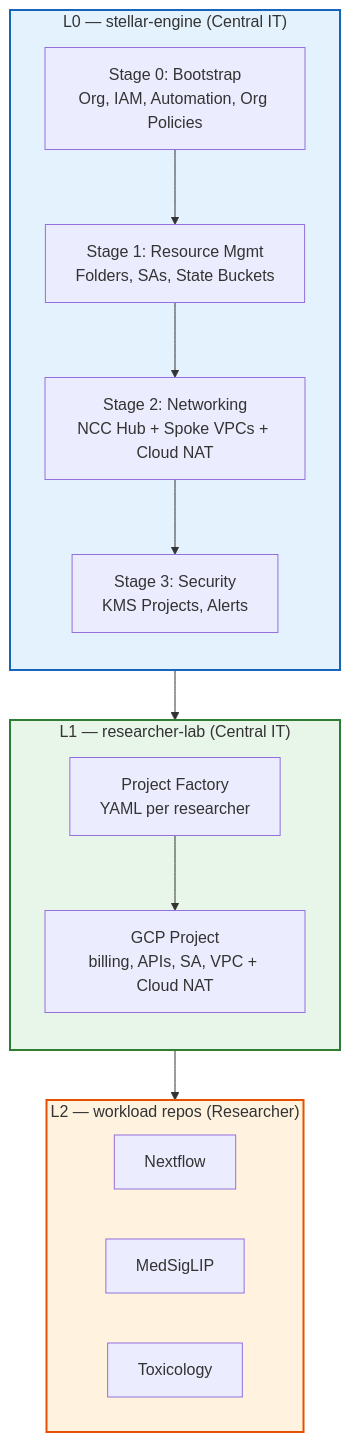
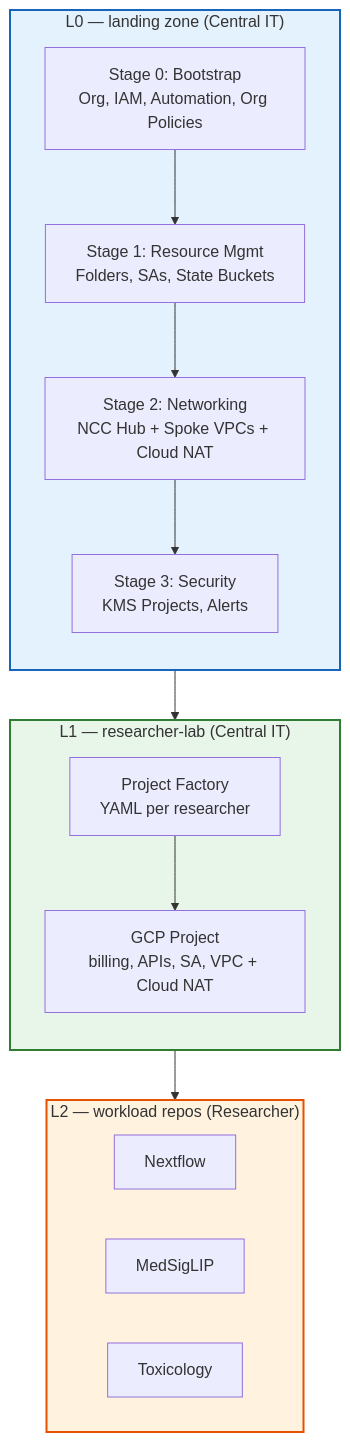
Before and after one commit to WandLZhang/fast-science-0-stellar-engine: the first of 4 diagrams in README.md, drawn with Mermaid. The commit also changed other lines of this file, not shown here.

First line of the commit message:
docs: point at google/stellar-engine, use landing-zone naming

````diff
--- a/README.md
+++ b/README.md
@@ -11,31 +11,31 @@
 ```mermaid
 graph TB
-    subgraph L0["L0 — stellar-engine (Central IT)"]
+    subgraph L0["L0 — landing zone (Central IT)"]
         direction TB
         S0["Stage 0: Bootstrap<br/>Org, IAM, Automation, Org Policies"]
         S1["Stage 1: Resource Mgmt<br/>Folders, SAs, State Buckets"]
         S2["Stage 2: Networking<br/>NCC Hub + Spoke VPCs + Cloud NAT"]
         S3["Stage 3: Security<br/>KMS Projects, Alerts"]
         S0 --> S1 --> S2 --> S3
     end
 
     subgraph L1["L1 — researcher-lab (Central IT)"]
         direction TB
         PF["Project Factory<br/>YAML per researcher"]
         PF --> PROJ["GCP Project<br/>billing, APIs, SA, VPC + Cloud NAT"]
     end
 
     subgraph L2["L2 — workload repos (Researcher)"]
         direction LR
         BP1["Nextflow"]
         BP2["MedSigLIP"]
         BP3["Toxicology"]
     end
 
     S3 --> L1
     PROJ --> L2
 
     style L0 fill:#e3f2fd,stroke:#1565c0,stroke-width:2px
     style L1 fill:#e8f5e9,stroke:#2e7d32,stroke-width:2px
     style L2 fill:#fff3e0,stroke:#e65100,stroke-width:2px
 ```
````
